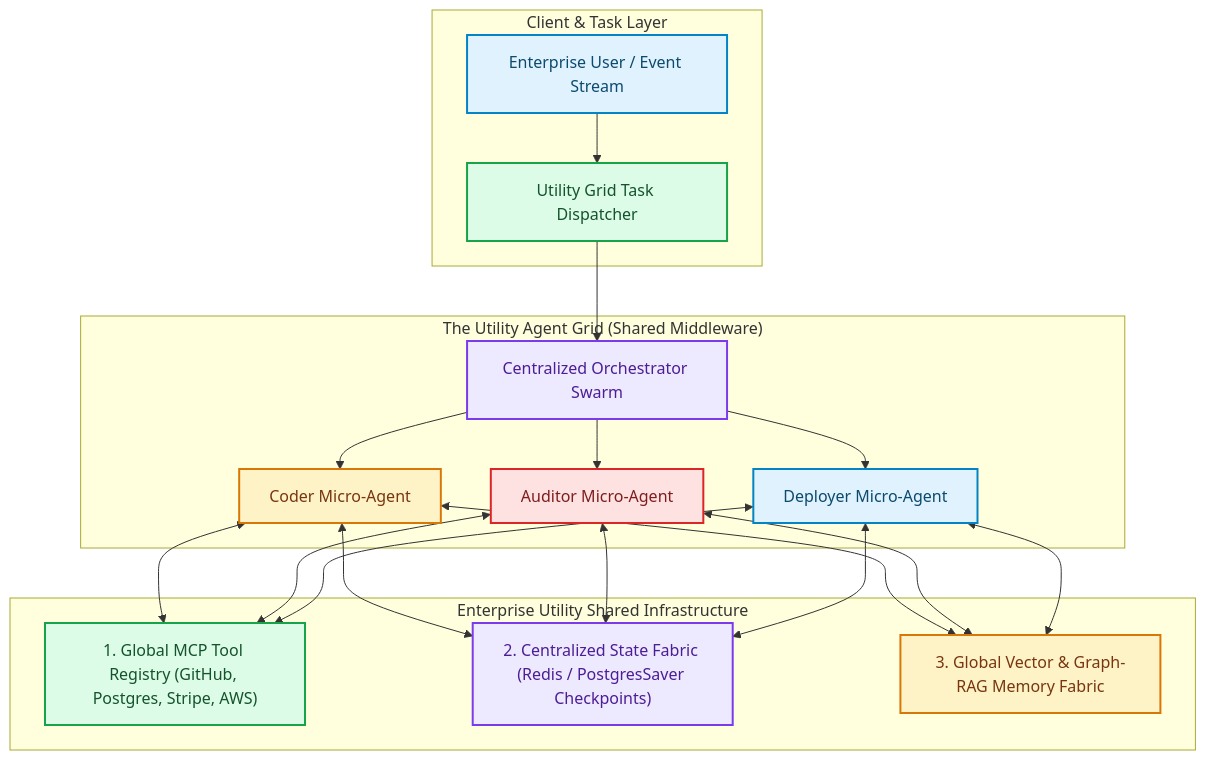
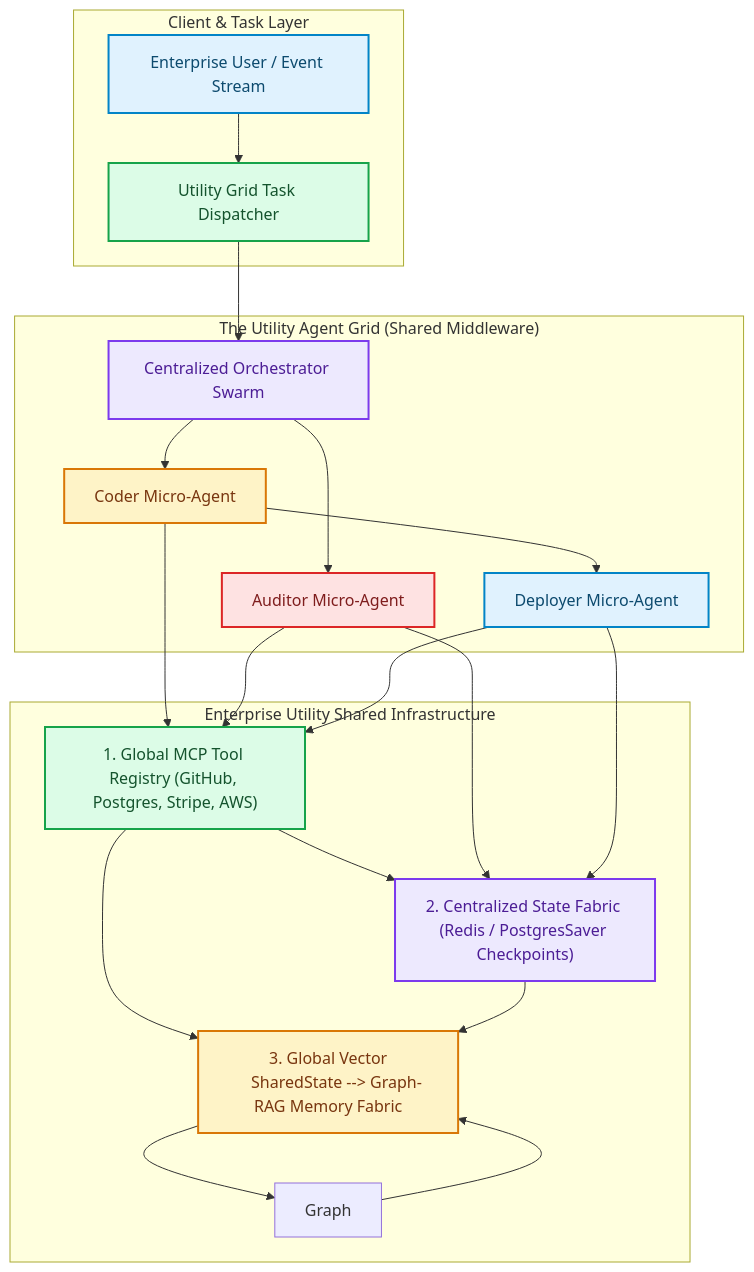
Before and after one commit to akmalkhaniub/akmalkhaniub.github.io: the second of 2 diagrams in blog/posts/electric-grid-transition-ai-agents-utility-scale-compute-fabrics.md, drawn with Mermaid. The commit also changed other lines of this file and 894 other files, not shown here.

Commit message:
feat(blog): upgrade all 444 posts with unique staggered dates, 2-col Mermaid spines, benchmark tables, code blocks, and trade-offs

````diff
--- a/blog/posts/electric-grid-transition-ai-agents-utility-scale-compute-fabrics.md
+++ b/blog/posts/electric-grid-transition-ai-agents-utility-scale-compute-fabrics.md
@@ -65,30 +67,38 @@
 ```mermaid
 flowchart TD
   subgraph SG2_ClientTaskLayer ["Client & Task Layer"]
     User["Enterprise User / Event Stream"] --> Dispatcher["Utility Grid Task Dispatcher"]
   end
 
   subgraph SG3_TheUtilityAgent ["The Utility Agent Grid (Shared Middleware)"]
     Dispatcher --> Supervisor["Centralized Orchestrator Swarm"]
     Supervisor --> Coder["Coder Micro-Agent"]
     Supervisor --> Auditor["Auditor Micro-Agent"]
-    Supervisor --> Deployer["Deployer Micro-Agent"]
+    Coder --> Deployer["Deployer Micro-Agent"]
   end
 
   subgraph SG4_EnterpriseUtilityShared ["Enterprise Utility Shared Infrastructure"]
-    Coder & Auditor & Deployer <--> SharedMCP["1. Global MCP Tool Registry (GitHub, Postgres, Stripe, AWS)"]
-    Coder & Auditor & Deployer <--> SharedState["2. Centralized State Fabric (Redis / PostgresSaver Checkpoints)"]
-    Coder & Auditor & Deployer <--> SharedMemory["3. Global Vector & Graph-RAG Memory Fabric"]
+    Coder --> SharedMCP["1. Global MCP Tool Registry (GitHub, Postgres, Stripe, AWS)"]
+    Auditor --> SharedMCP
+    Deployer --> SharedMCP
+    SharedMCP --> SharedState["2. Centralized State Fabric (Redis / PostgresSaver Checkpoints)"]
+    Auditor --> SharedState
+    Deployer --> SharedState
+    SharedMCP --> SharedMemory["3. Global Vector
+    SharedState --> Graph-RAG Memory Fabric"]
+    SharedState --> SharedMemory
+    Graph --> SharedMemory
+    SharedMemory --> Graph
   end
 
 classDef green fill:#dcfce7,stroke:#16a34a,stroke-width:2px,color:#14532d;
 classDef red fill:#fee2e2,stroke:#dc2626,stroke-width:2px,color:#7f1d1d;
 classDef blue fill:#e0f2fe,stroke:#0284c7,stroke-width:2px,color:#0c4a6e;
 classDef yellow fill:#fef3c7,stroke:#d97706,stroke-width:2px,color:#78350f;
 classDef purple fill:#ede9fe,stroke:#7c3aed,stroke-width:2px,color:#4c1d95;
 class User,Deployer blue
 class Dispatcher,SharedMCP green
 class Supervisor,SharedState purple
 class Coder,SharedMemory yellow
 class Auditor red
 ```
````
